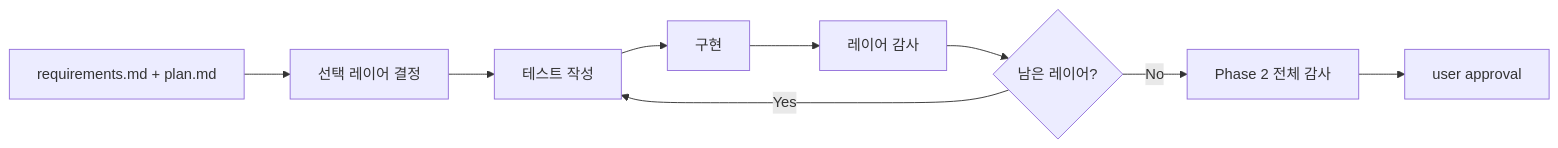
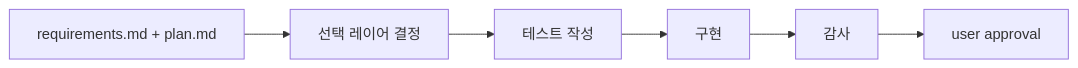
The sixth of 9 diagrams in README.md (JisungValue/harness-kit), drawn with Mermaid before and after one commit. The commit also changed other lines of this file, not shown here.

Commit message:
refocus README on downstream harness flow

````diff
--- a/README.md
+++ b/README.md
@@ -140,11 +109,8 @@
 ```mermaid
 flowchart LR
     A[requirements.md + plan.md] --> B[선택 레이어 결정]
     B --> C[테스트 작성]
     C --> D[구현]
-    D --> E[레이어 감사]
-    E --> F{남은 레이어?}
-    F -->|Yes| C
-    F -->|No| G[Phase 2 전체 감사]
-    G --> H[user approval]
+    D --> E[감사]
+    E --> F[user approval]
 ```
````
